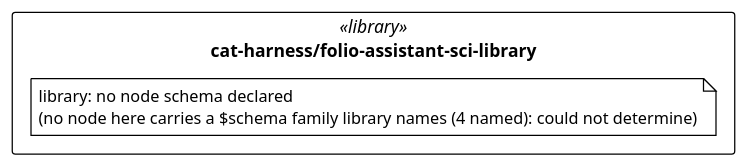
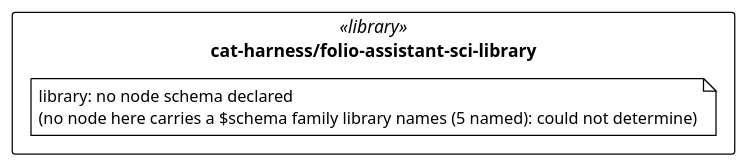
One commit to litlfred/folio-assistant changed the diagram in cat-harness/uml/overview/cat-harness/folio-assistant-sci-library.puml. Above: the diagram before and after it, drawn with PlantUML. The commit also changed 25 other files, not shown here.

First line of the commit message:
Regenerate after merging main — glossary, UML overview, detangle, library/schema/uploads viz

```diff
--- a/cat-harness/uml/overview/cat-harness/folio-assistant-sci-library.puml
+++ b/cat-harness/uml/overview/cat-harness/folio-assistant-sci-library.puml
@@ -3,13 +3,13 @@
 @startuml cat_harness_folio_assistant_sci_library
 !pragma layout elk
 !theme plain
 skinparam classAttributeIconSize 0
 skinparam shadowing false
 skinparam packageStyle rectangle
 hide empty methods
 
 package "cat-harness/folio-assistant-sci-library" as pkg_cat_harness_folio_assistant_sci_library <<library>> {
-  note "library: no node schema declared\n(no node here carries a $schema family library names (4 named): could not determine)" as n_cat_harness_folio_assistant_sci_library_library
+  note "library: no node schema declared\n(no node here carries a $schema family library names (5 named): could not determine)" as n_cat_harness_folio_assistant_sci_library_library
 }
 
 @enduml
```
